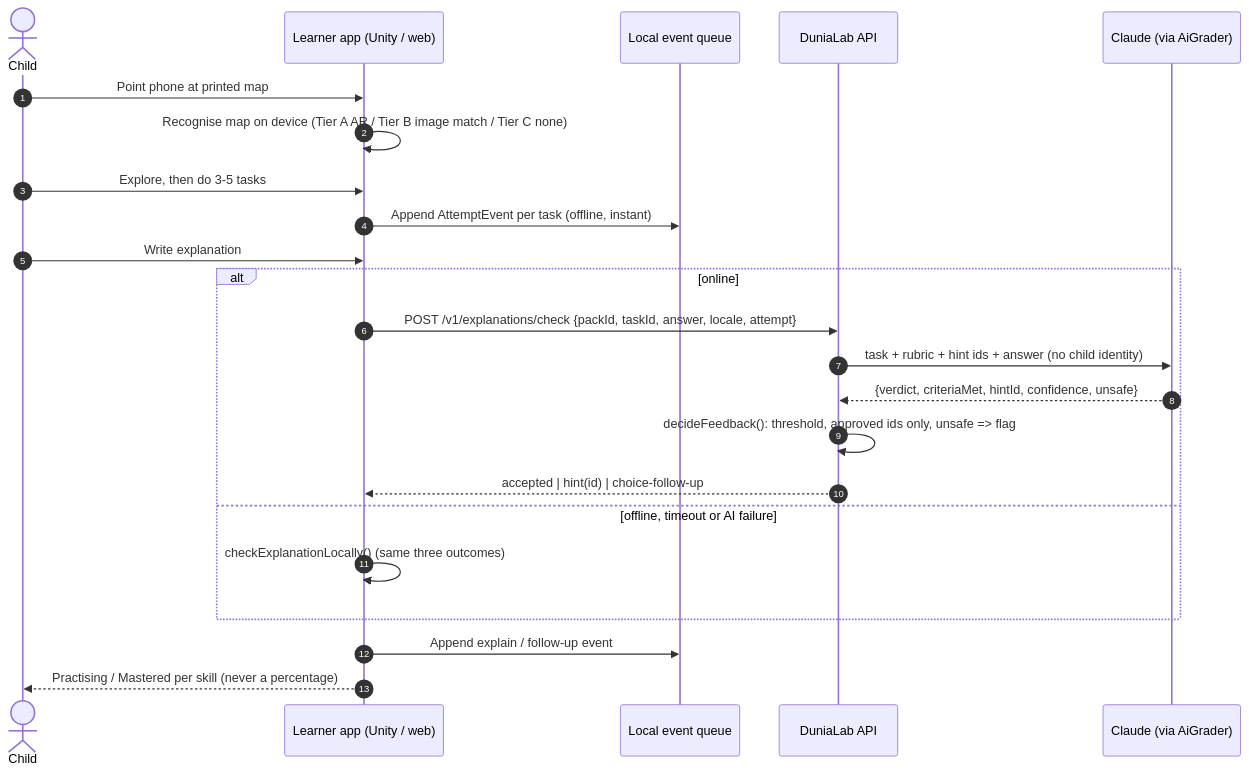
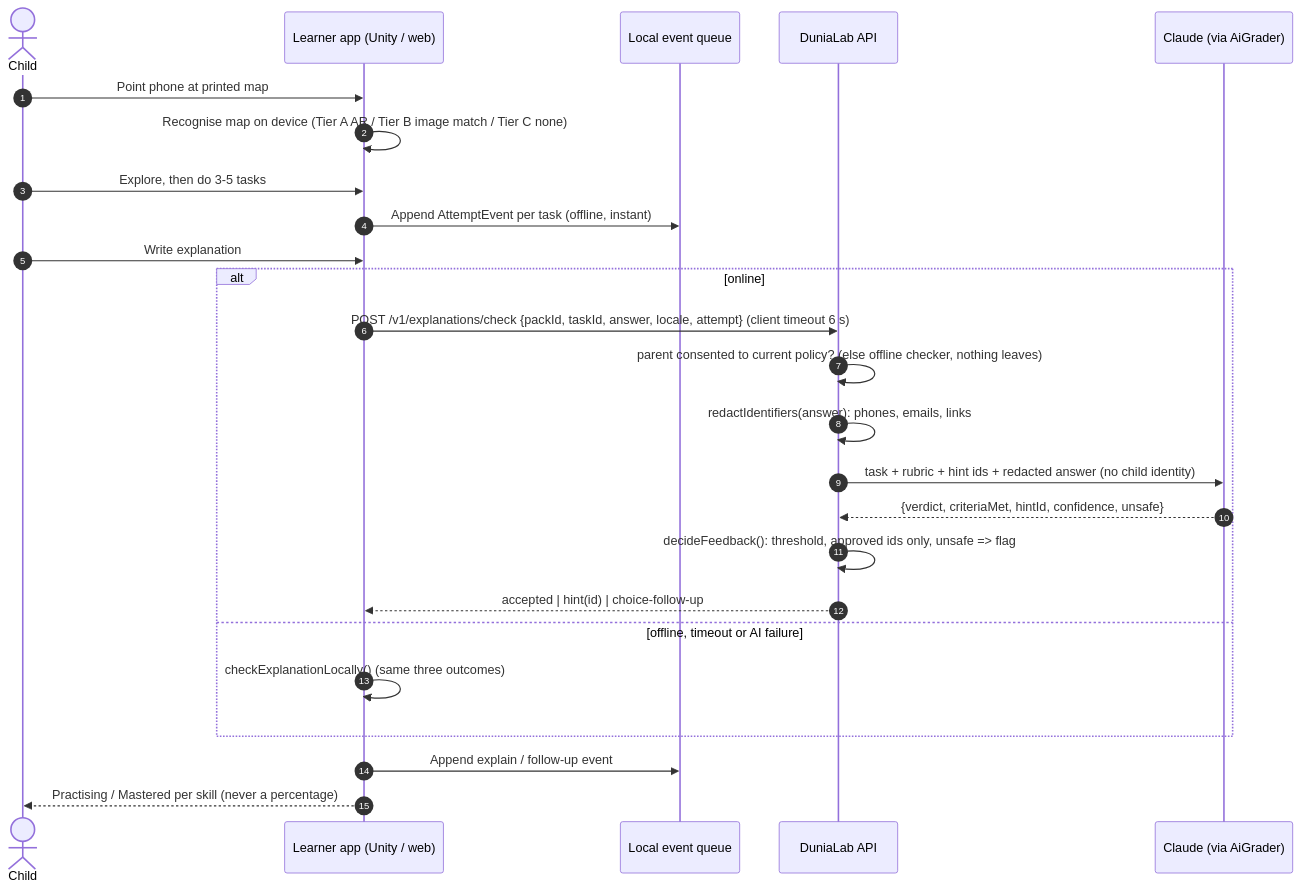
The first of 4 diagrams in docs/architecture/flows.md (Alamin-Juma/Oman-Maps), drawn with Mermaid before and after one commit. The commit also changed other lines of this file and 22 other files, not shown here.

````diff
--- a/docs/architecture/flows.md
+++ b/docs/architecture/flows.md
@@ -9,26 +9,28 @@
 ```mermaid
 sequenceDiagram
   autonumber
   actor Child
   participant App as Learner app (Unity / web)
   participant Q as Local event queue
   participant API as DuniaLab API
   participant AI as Claude (via AiGrader)
 
   Child->>App: Point phone at printed map
   App->>App: Recognise map on device (Tier A AR / Tier B image match / Tier C none)
   Child->>App: Explore, then do 3-5 tasks
   App->>Q: Append AttemptEvent per task (offline, instant)
   Child->>App: Write explanation
   alt online
-    App->>API: POST /v1/explanations/check {packId, taskId, answer, locale, attempt}
-    API->>AI: task + rubric + hint ids + answer (no child identity)
+    App->>API: POST /v1/explanations/check {packId, taskId, answer, locale, attempt} (client timeout 6 s)
+    API->>API: parent consented to current policy? (else offline checker, nothing leaves)
+    API->>API: redactIdentifiers(answer): phones, emails, links
+    API->>AI: task + rubric + hint ids + redacted answer (no child identity)
     AI-->>API: {verdict, criteriaMet, hintId, confidence, unsafe}
     API->>API: decideFeedback(): threshold, approved ids only, unsafe => flag
     API-->>App: accepted | hint(id) | choice-follow-up
   else offline, timeout or AI failure
     App->>App: checkExplanationLocally() (same three outcomes)
   end
   App->>Q: Append explain / follow-up event
   App-->>Child: Practising / Mastered per skill (never a percentage)
 ```
````
